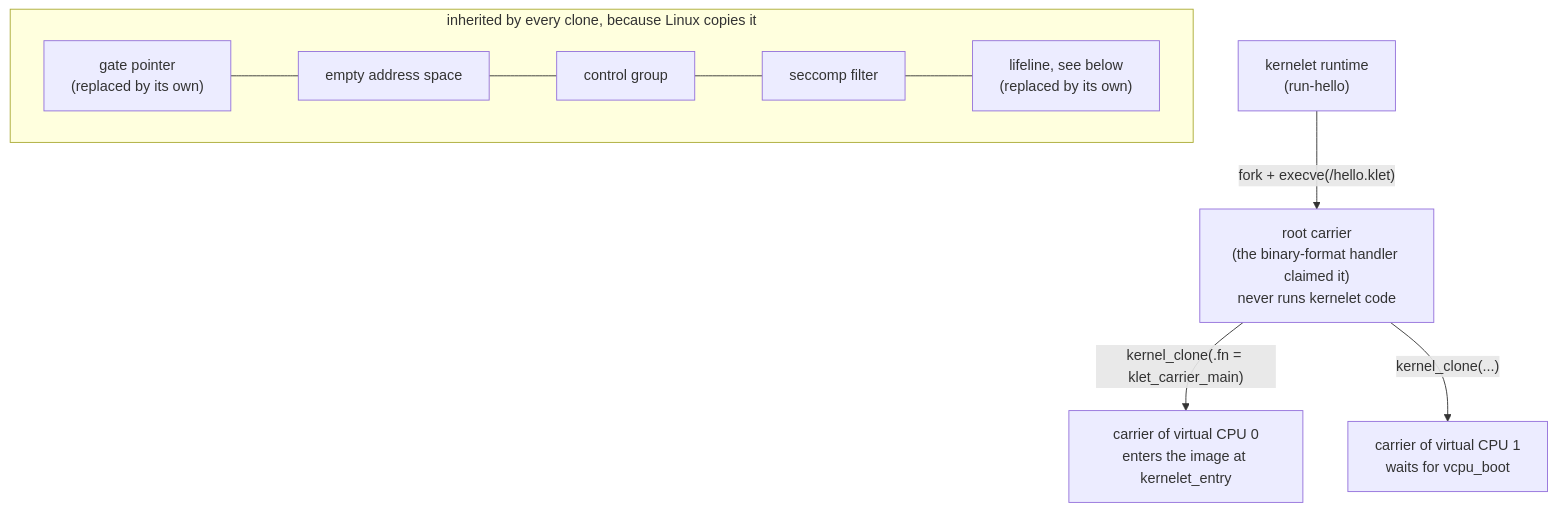
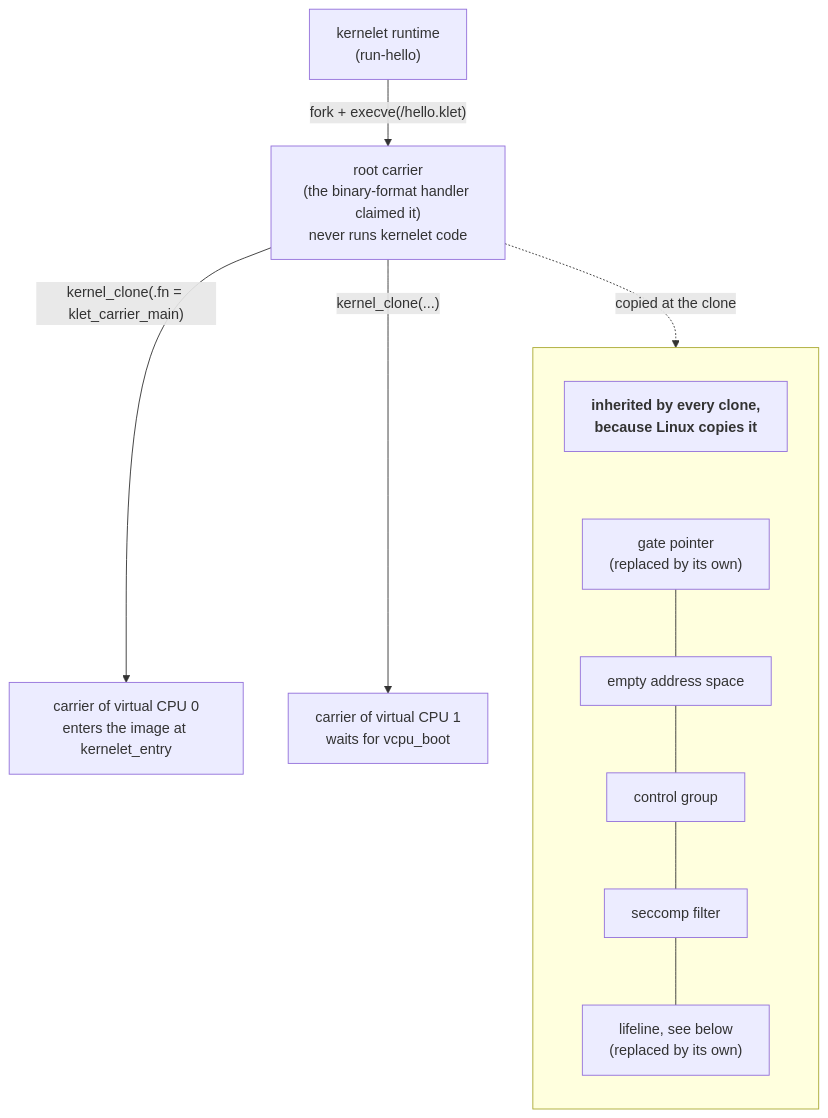
One commit to Plucky923/kernelet changed the diagram in src/carriers.md. Above: the diagram before and after it, drawn with Mermaid. The commit also changed other lines of this file and 41 other files, not shown here.

````diff
--- a/src/carriers.md
+++ b/src/carriers.md
@@ -128,10 +128,12 @@
 ```mermaid
 flowchart TB
     rt["kernelet runtime<br/>(run-hello)"] -- "fork + execve(/hello.klet)" --> root["root carrier<br/>(the binary-format handler claimed it)<br/>never runs kernelet code"]
     root -- "kernel_clone(.fn = klet_carrier_main)" --> v0["carrier of virtual CPU 0<br/>enters the image at kernelet_entry"]
     root -- "kernel_clone(...)" --> v1["carrier of virtual CPU 1<br/>waits for vcpu_boot"]
-    subgraph inherited["inherited by every clone, because Linux copies it"]
-        direction LR
-        i1["gate pointer<br/>(replaced by its own)"] --- i2[empty address space] --- i3[control group] --- i4[seccomp filter] --- i5["lifeline, see below<br/>(replaced by its own)"]
+    subgraph inherited[" "]
+        direction TB
+        i0["<b>inherited by every clone,<br/>because Linux copies it</b>"] ~~~ i1["gate pointer<br/>(replaced by its own)"] --- i2[empty address space] --- i3[control group]
+        i3 --- i4[seccomp filter] --- i5["lifeline, see below<br/>(replaced by its own)"]
     end
+    root -. "copied at the clone" .-> inherited
 ```
````
